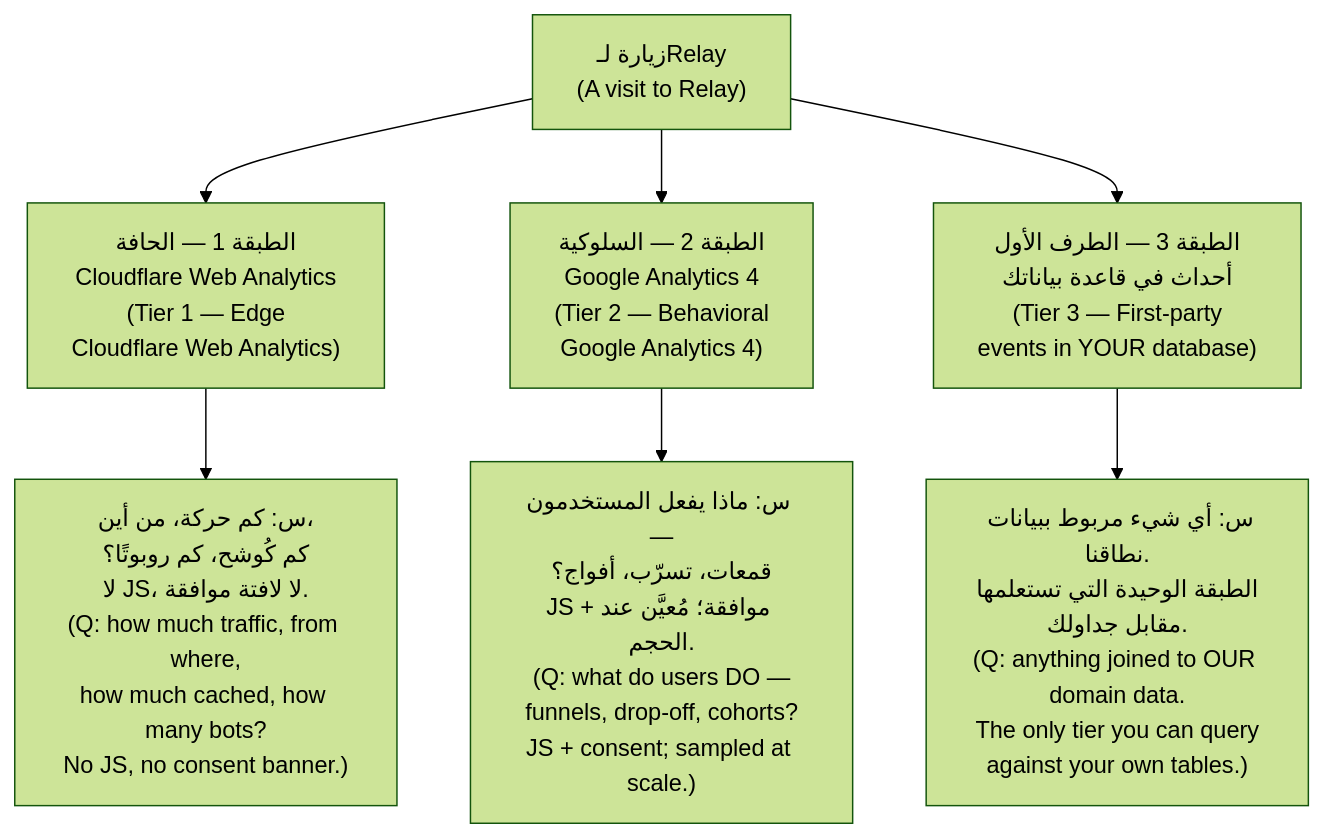
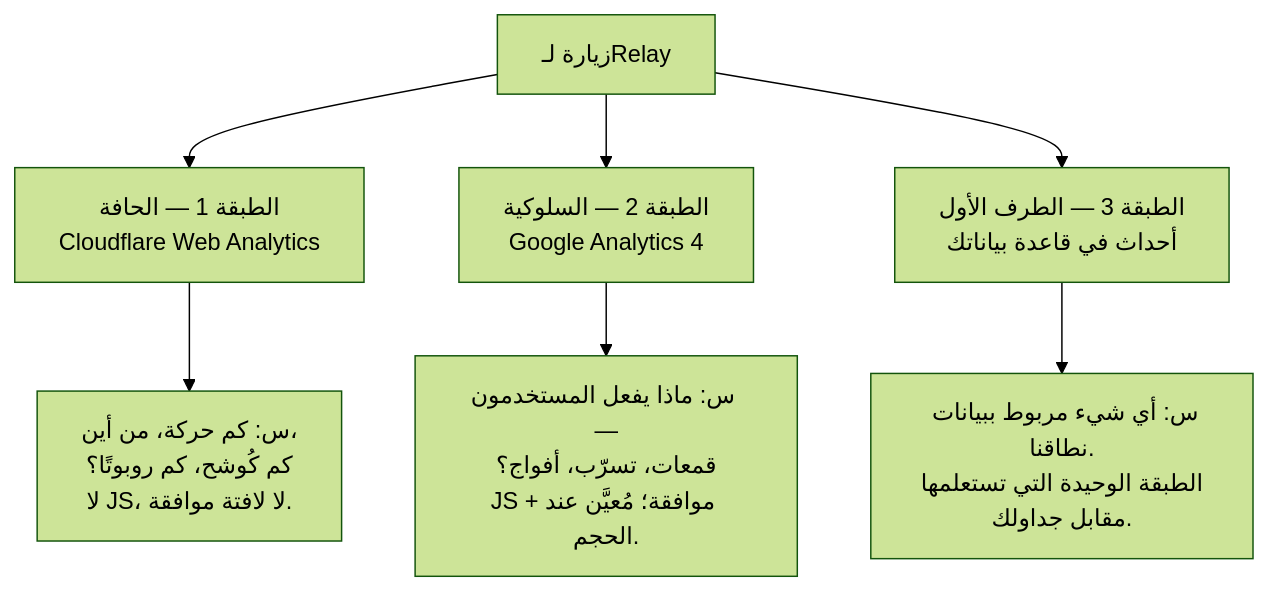
Before and after one commit to Tamoura/system-design-for-vibe-coders: the fifth of 6 diagrams in modules/07-observability/module.ar.md, drawn with Mermaid (forest theme). The commit also changed other lines of this file and 551 other files, not shown here.

````diff
--- a/modules/07-observability/module.ar.md
+++ b/modules/07-observability/module.ar.md
@@ -589,9 +589,9 @@
 ```mermaid
 flowchart TD
-    V["زيارة لـRelay<br/>(A visit to Relay)"] --> E["الطبقة 1 — الحافة<br/>Cloudflare Web Analytics<br/>(Tier 1 — Edge<br/>Cloudflare Web Analytics)"]
-    V --> G["الطبقة 2 — السلوكية<br/>Google Analytics 4<br/>(Tier 2 — Behavioral<br/>Google Analytics 4)"]
-    V --> F["الطبقة 3 — الطرف الأول<br/>أحداث في قاعدة بياناتك<br/>(Tier 3 — First-party<br/>events in YOUR database)"]
-    E --> EQ["س: كم حركة، من أين،<br/>كم كُوشح، كم روبوتًا؟<br/>لا JS، لا لافتة موافقة.<br/>(Q: how much traffic, from where,<br/>how much cached, how many bots?<br/>No JS, no consent banner.)"]
-    G --> GQ["س: ماذا يفعل المستخدمون —<br/>قمعات، تسرّب، أفواج؟<br/>JS + موافقة؛ مُعيَّن عند الحجم.<br/>(Q: what do users DO —<br/>funnels, drop-off, cohorts?<br/>JS + consent#59; sampled at scale.)"]
-    F --> FQ["س: أي شيء مربوط ببيانات نطاقنا.<br/>الطبقة الوحيدة التي تستعلمها<br/>مقابل جداولك.<br/>(Q: anything joined to OUR domain data.<br/>The only tier you can query<br/>against your own tables.)"]
+    V["زيارة لـRelay"] --> E["الطبقة 1 — الحافة<br/>Cloudflare Web Analytics"]
+    V --> G["الطبقة 2 — السلوكية<br/>Google Analytics 4"]
+    V --> F["الطبقة 3 — الطرف الأول<br/>أحداث في قاعدة بياناتك"]
+    E --> EQ["س: كم حركة، من أين،<br/>كم كُوشح، كم روبوتًا؟<br/>لا JS، لا لافتة موافقة."]
+    G --> GQ["س: ماذا يفعل المستخدمون —<br/>قمعات، تسرّب، أفواج؟<br/>JS + موافقة؛ مُعيَّن عند الحجم."]
+    F --> FQ["س: أي شيء مربوط ببيانات نطاقنا.<br/>الطبقة الوحيدة التي تستعلمها<br/>مقابل جداولك."]
 ```
````
